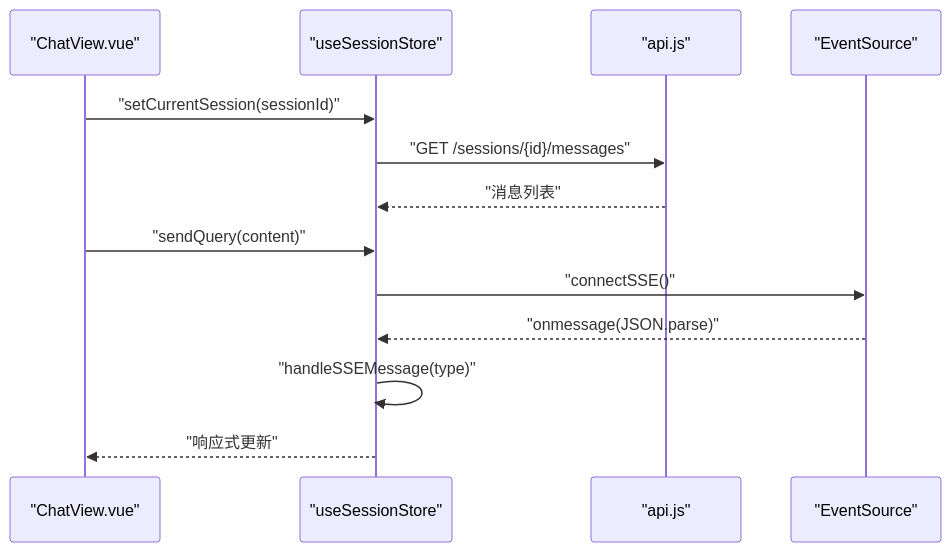
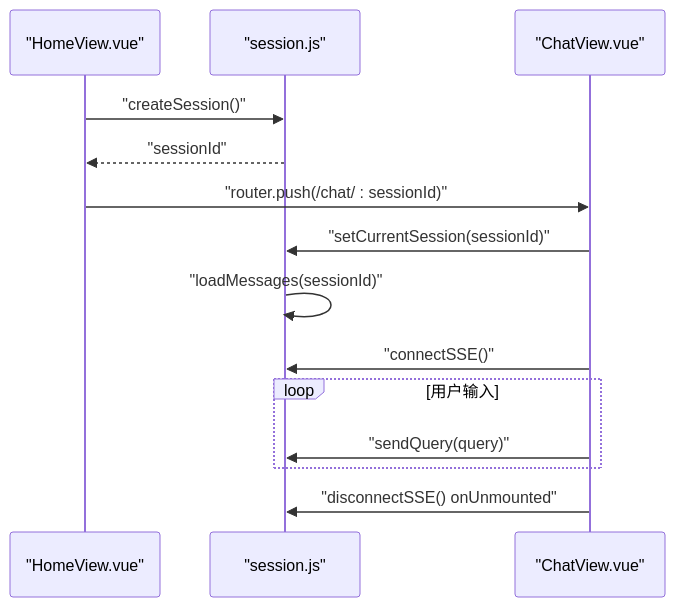
Before and after one commit to HanHuiOnLine/724-office: the fifth of 6 diagrams in NL2SQL/.qoder/repowiki/zh/content/前端应用/状态管理.md, drawn with Mermaid. The commit also changed other lines of this file and 200 other files, not shown here.

````diff
--- a/NL2SQL/.qoder/repowiki/zh/content/前端应用/状态管理.md
+++ b/NL2SQL/.qoder/repowiki/zh/content/前端应用/状态管理.md
@@ -195,15 +235,16 @@
 ```mermaid
 sequenceDiagram
-participant V as "ChatView.vue"
-participant S as "useSessionStore"
-participant A as "api.js"
-participant E as "EventSource"
-V->>S : "setCurrentSession(sessionId)"
-S->>A : "GET /sessions/{id}/messages"
-A-->>S : "消息列表"
-V->>S : "sendQuery(content)"
-S->>E : "connectSSE()"
-E-->>S : "onmessage(JSON.parse)"
-S->>S : "handleSSEMessage(type)"
-S-->>V : "响应式更新"
+participant HV as "HomeView.vue"
+participant SS as "session.js"
+participant CV as "ChatView.vue"
+HV->>SS : "createSession()"
+SS-->>HV : "sessionId"
+HV->>CV : "router.push(/chat/ : sessionId)"
+CV->>SS : "setCurrentSession(sessionId)"
+SS->>SS : "loadMessages(sessionId)"
+CV->>SS : "connectSSE()"
+loop 用户输入
+CV->>SS : "sendQuery(query)"
+end
+CV->>SS : "disconnectSSE() onUnmounted"
 ```
````
